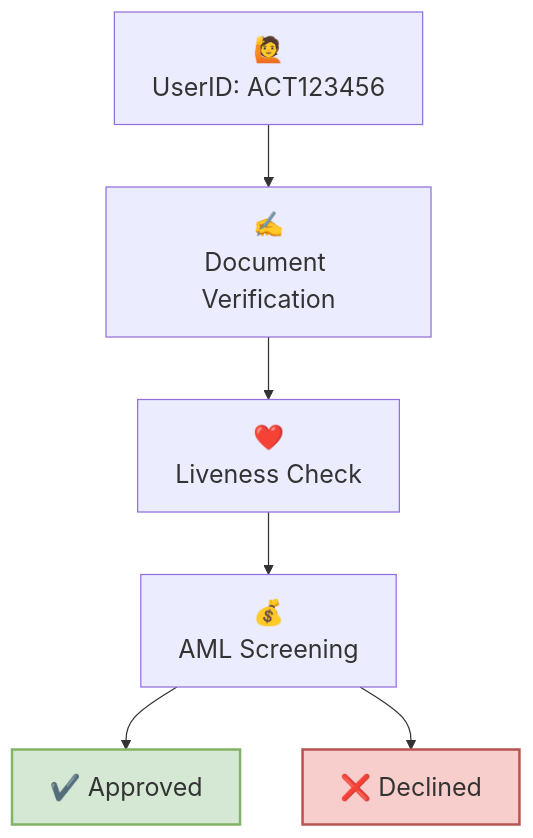
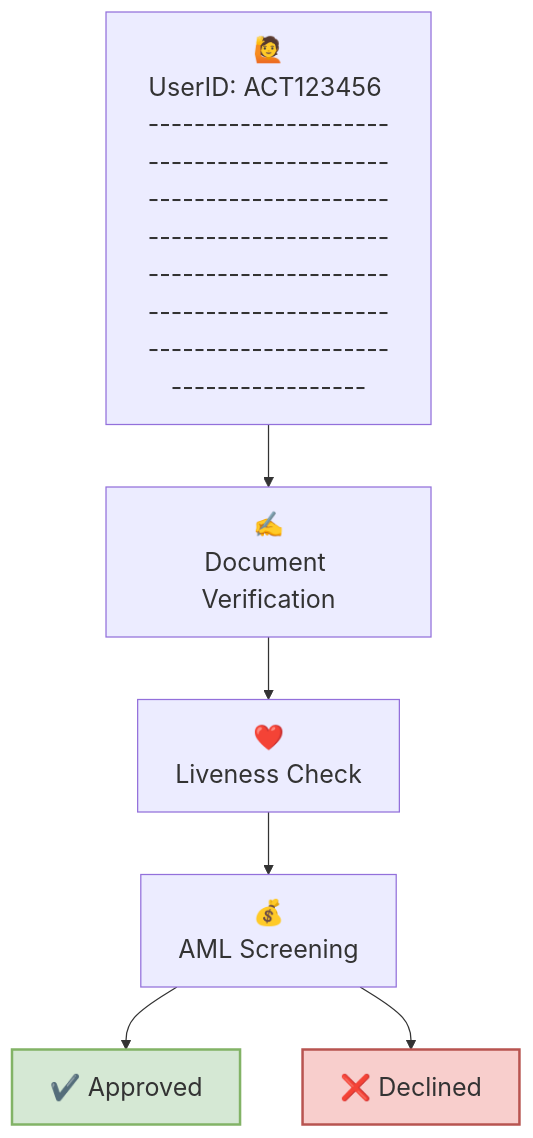
The diagram in id/id.mdx (Fantastic-Devs/Mintlify), drawn with Mermaid before and after one commit.

````diff
--- a/id/id.mdx
+++ b/id/id.mdx
@@ -17,28 +17,28 @@
 ```mermaid
 
 graph TB;
-    A["🙋<br />UserID: ACT123456"]
+    A["🙋<br />UserID: ACT123456 --------------------------------------------------------------------------------------------------------------------------------------------------------------------"]
     B["✍<br />Document Verification"];
     C["❤️<br />Liveness Check"];
     D["💰<br />AML Screening"];
     E["✔️ Approved"];
     F["❌ Declined"];
 
     A --> B;
     B --> C;
     C --> D;
     D --> E;
     D --> F;
     %% Classes
     classDef largeText font-size:20px;
     class A largeText;
     class B largeText;
     class C largeText;
     class D largeText;
     class E largeText;
     class F largeText;
  
     style E fill:#d5e8d4,stroke:#82b366,stroke-width:2px;
     style F fill:#f8cecc,stroke:#b85450,stroke-width:2px;
 
 ```
````
